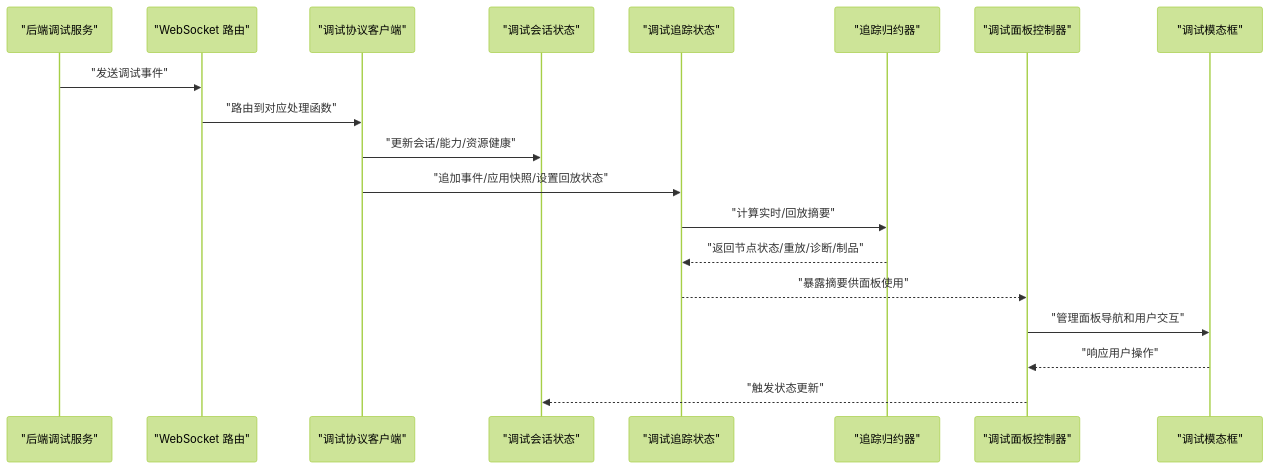
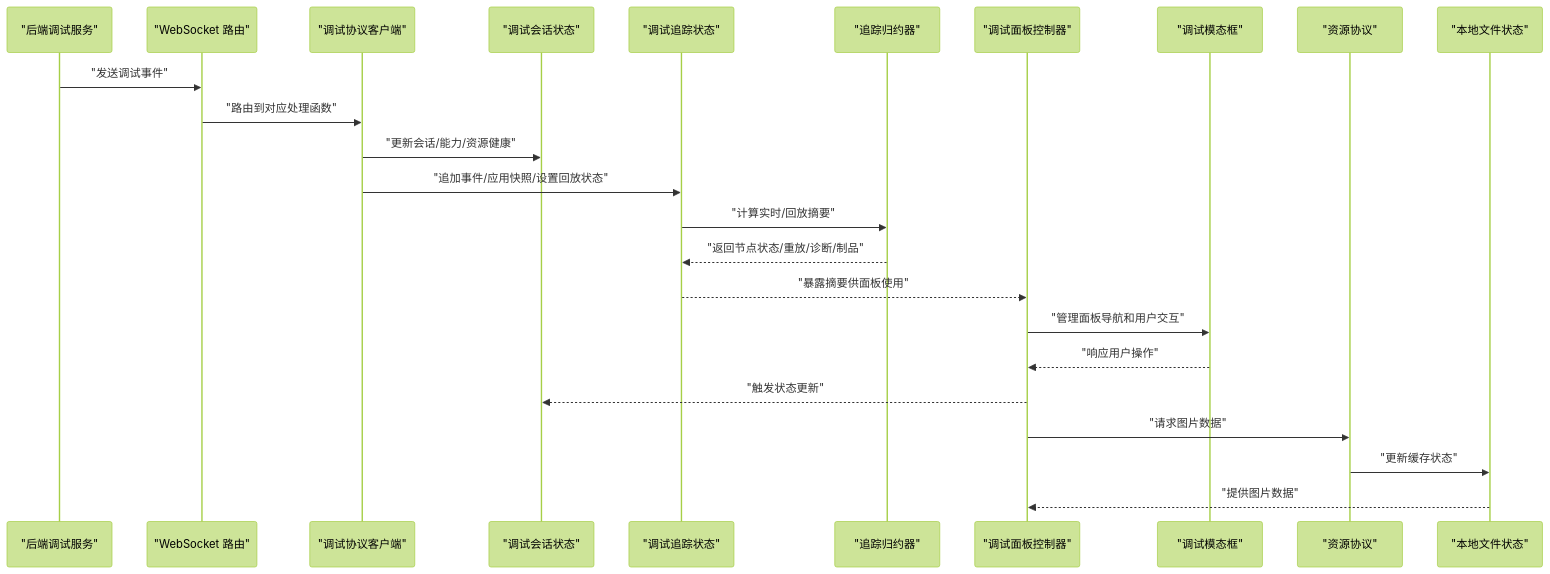
Before and after one commit to kqcoxn/MaaPipelineEditor: the second of 7 diagrams in .qoder/repowiki/zh/content/调试与诊断/性能监控.md, drawn with Mermaid (forest theme). The commit also changed other lines of this file and 37 other files, not shown here.

````diff
--- a/.qoder/repowiki/zh/content/调试与诊断/性能监控.md
+++ b/.qoder/repowiki/zh/content/调试与诊断/性能监控.md
@@ -150,21 +183,26 @@
 ```mermaid
 sequenceDiagram
 participant BE as "后端调试服务"
 participant WS as "WebSocket 路由"
 participant DPC as "调试协议客户端"
 participant DSS as "调试会话状态"
 participant DTS as "调试追踪状态"
 participant TR as "追踪归约器"
 participant DMC as "调试面板控制器"
 participant DM as "调试模态框"
+participant RP as "资源协议"
+participant LFS as "本地文件状态"
 BE->>WS : "发送调试事件"
 WS->>DPC : "路由到对应处理函数"
 DPC->>DSS : "更新会话/能力/资源健康"
 DPC->>DTS : "追加事件/应用快照/设置回放状态"
 DTS->>TR : "计算实时/回放摘要"
 TR-->>DTS : "返回节点状态/重放/诊断/制品"
 DTS-->>DMC : "暴露摘要供面板使用"
 DMC->>DM : "管理面板导航和用户交互"
 DM-->>DMC : "响应用户操作"
 DMC-->>DSS : "触发状态更新"
+DMC->>RP : "请求图片数据"
+RP->>LFS : "更新缓存状态"
+LFS-->>DMC : "提供图片数据"
 ```
````
